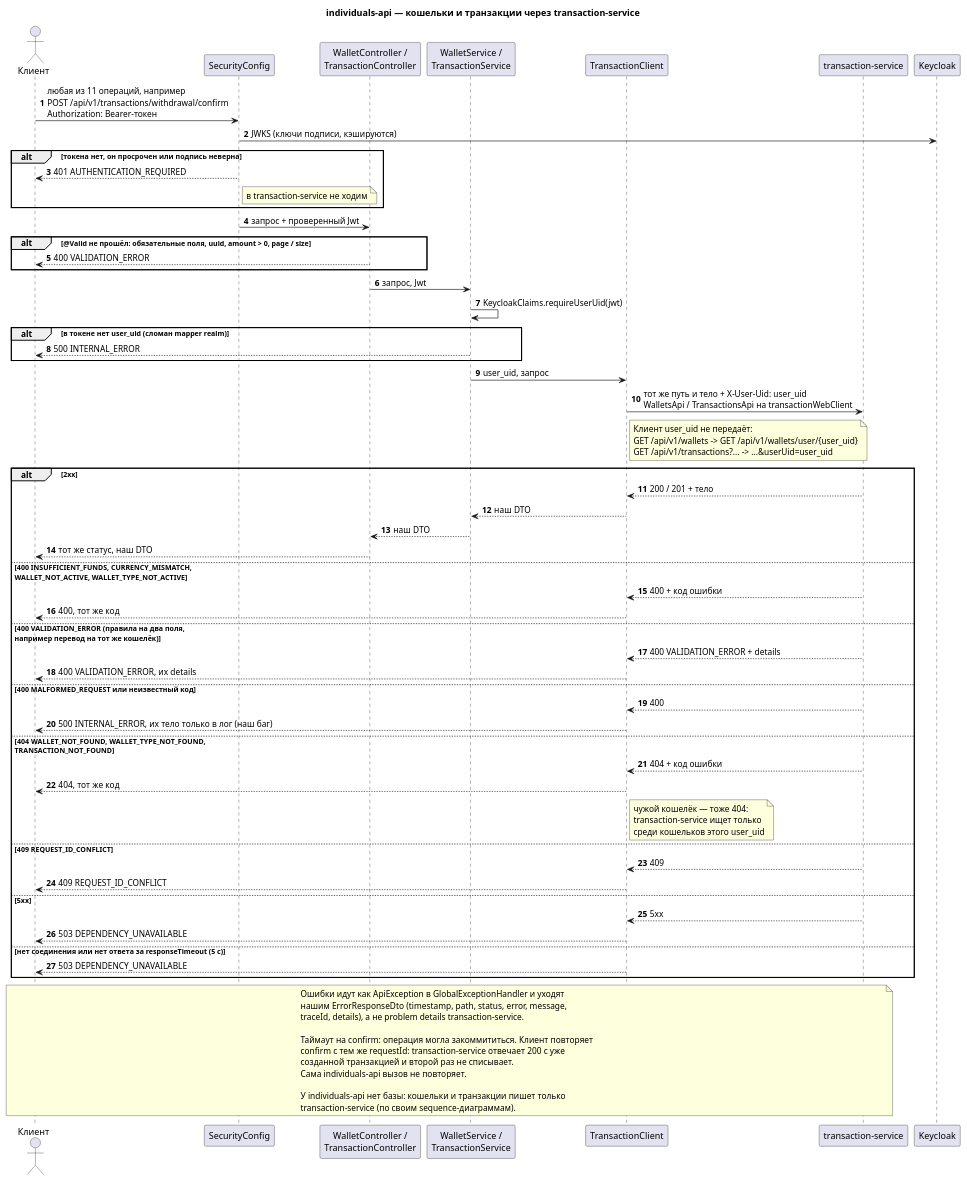
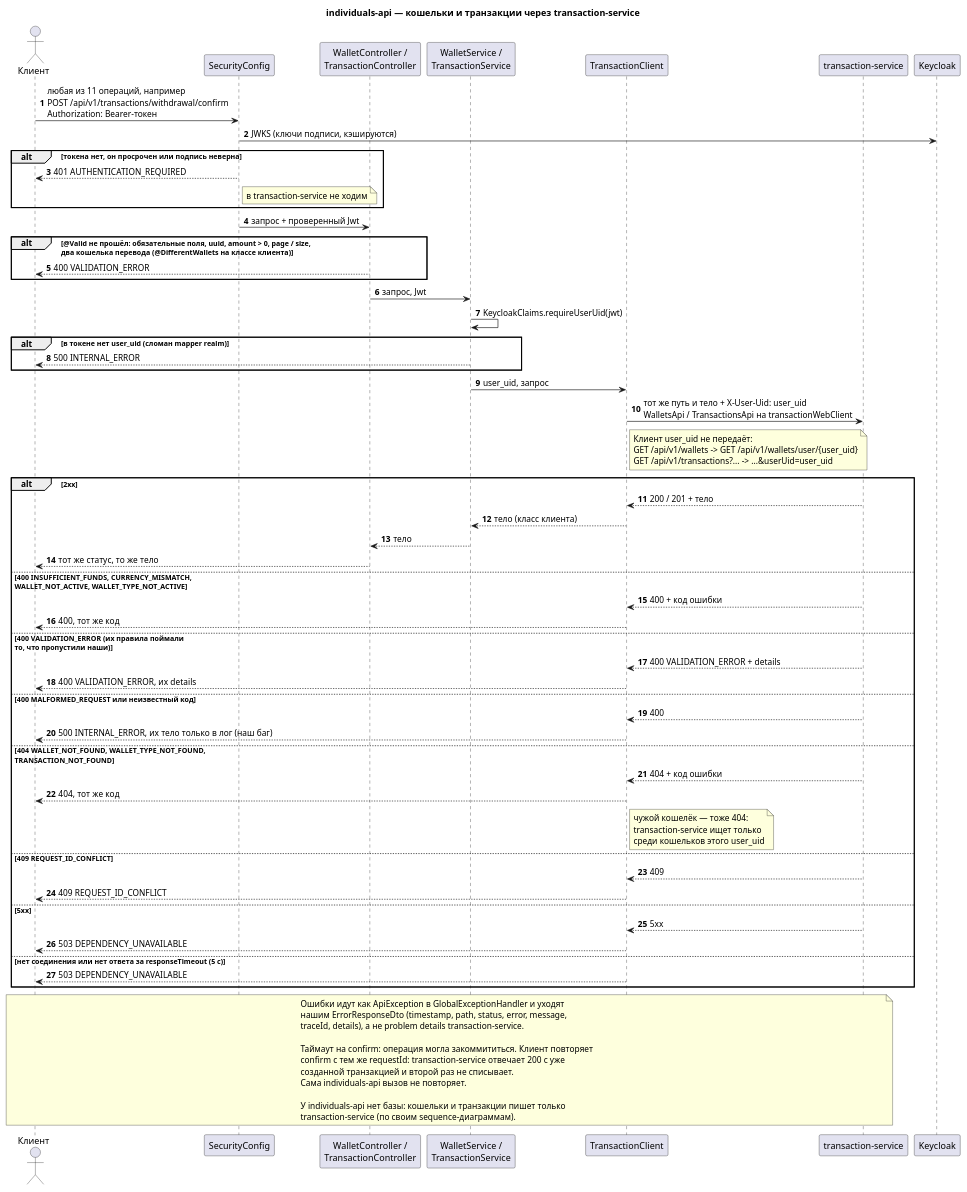
The diagram in individuals-api/diagrams-c4/uml/ru/sequence-wallets-transactions.puml (dezxxx/payment-platform), drawn with PlantUML before and after one commit. The commit also changed 35 other files, not shown here.

```diff
--- a/individuals-api/diagrams-c4/uml/ru/sequence-wallets-transactions.puml
+++ b/individuals-api/diagrams-c4/uml/ru/sequence-wallets-transactions.puml
@@ -1,83 +1,83 @@
 @startuml sequence-wallets-transactions
 title individuals-api — кошельки и транзакции через transaction-service
 
 autonumber
 skinparam shadowing false
 
 actor "Клиент" as Client
 participant "SecurityConfig" as Sec
 participant "WalletController /\nTransactionController" as Ctl
 participant "WalletService /\nTransactionService" as Svc
 participant "TransactionClient" as TCl
 participant "transaction-service" as Tx
 participant "Keycloak" as Kc
 
 Client -> Sec : любая из 11 операций, например\nPOST /api/v1/transactions/withdrawal/confirm\nAuthorization: Bearer-токен
 Sec -> Kc : JWKS (ключи подписи, кэшируются)
 alt токена нет, он просрочен или подпись неверна
   Sec --> Client : 401 AUTHENTICATION_REQUIRED
   note right of Sec : в transaction-service не ходим
 end
 
 Sec -> Ctl : запрос + проверенный Jwt
-alt @Valid не прошёл: обязательные поля, uuid, amount > 0, page / size
+alt @Valid не прошёл: обязательные поля, uuid, amount > 0, page / size,\nдва кошелька перевода (@DifferentWallets на классе клиента)
   Ctl --> Client : 400 VALIDATION_ERROR
 end
 
 Ctl -> Svc : запрос, Jwt
 Svc -> Svc : KeycloakClaims.requireUserUid(jwt)
 alt в токене нет user_uid (сломан mapper realm)
   Svc --> Client : 500 INTERNAL_ERROR
 end
 
 Svc -> TCl : user_uid, запрос
 TCl -> Tx : тот же путь и тело + X-User-Uid: user_uid\nWalletsApi / TransactionsApi на transactionWebClient
 note right of TCl
   Клиент user_uid не передаёт:
   GET /api/v1/wallets -> GET /api/v1/wallets/user/{user_uid}
   GET /api/v1/transactions?... -> ...&userUid=user_uid
 end note
 
 alt 2xx
   Tx --> TCl : 200 / 201 + тело
-  TCl --> Svc : наш DTO
-  Svc --> Ctl : наш DTO
-  Ctl --> Client : тот же статус, наш DTO
+  TCl --> Svc : тело (класс клиента)
+  Svc --> Ctl : тело
+  Ctl --> Client : тот же статус, то же тело
 else 400 INSUFFICIENT_FUNDS, CURRENCY_MISMATCH,\nWALLET_NOT_ACTIVE, WALLET_TYPE_NOT_ACTIVE
   Tx --> TCl : 400 + код ошибки
   TCl --> Client : 400, тот же код
-else 400 VALIDATION_ERROR (правила на два поля,\nнапример перевод на тот же кошелёк)
+else 400 VALIDATION_ERROR (их правила поймали\nто, что пропустили наши)
   Tx --> TCl : 400 VALIDATION_ERROR + details
   TCl --> Client : 400 VALIDATION_ERROR, их details
 else 400 MALFORMED_REQUEST или неизвестный код
   Tx --> TCl : 400
   TCl --> Client : 500 INTERNAL_ERROR, их тело только в лог (наш баг)
 else 404 WALLET_NOT_FOUND, WALLET_TYPE_NOT_FOUND,\nTRANSACTION_NOT_FOUND
   Tx --> TCl : 404 + код ошибки
   TCl --> Client : 404, тот же код
   note right of TCl : чужой кошелёк — тоже 404:\ntransaction-service ищет только\nсреди кошельков этого user_uid
 else 409 REQUEST_ID_CONFLICT
   Tx --> TCl : 409
   TCl --> Client : 409 REQUEST_ID_CONFLICT
 else 5xx
   Tx --> TCl : 5xx
   TCl --> Client : 503 DEPENDENCY_UNAVAILABLE
 else нет соединения или нет ответа за responseTimeout (5 с)
   TCl --> Client : 503 DEPENDENCY_UNAVAILABLE
 end
 
 note over Client, Tx
   Ошибки идут как ApiException в GlobalExceptionHandler и уходят
   нашим ErrorResponseDto (timestamp, path, status, error, message,
   traceId, details), а не problem details transaction-service.
 
   Таймаут на confirm: операция могла закоммититься. Клиент повторяет
   confirm с тем же requestId: transaction-service отвечает 200 с уже
   созданной транзакцией и второй раз не списывает.
   Сама individuals-api вызов не повторяет.
 
   У individuals-api нет базы: кошельки и транзакции пишет только
   transaction-service (по своим sequence-диаграммам).
 end note
 
 @enduml
```
